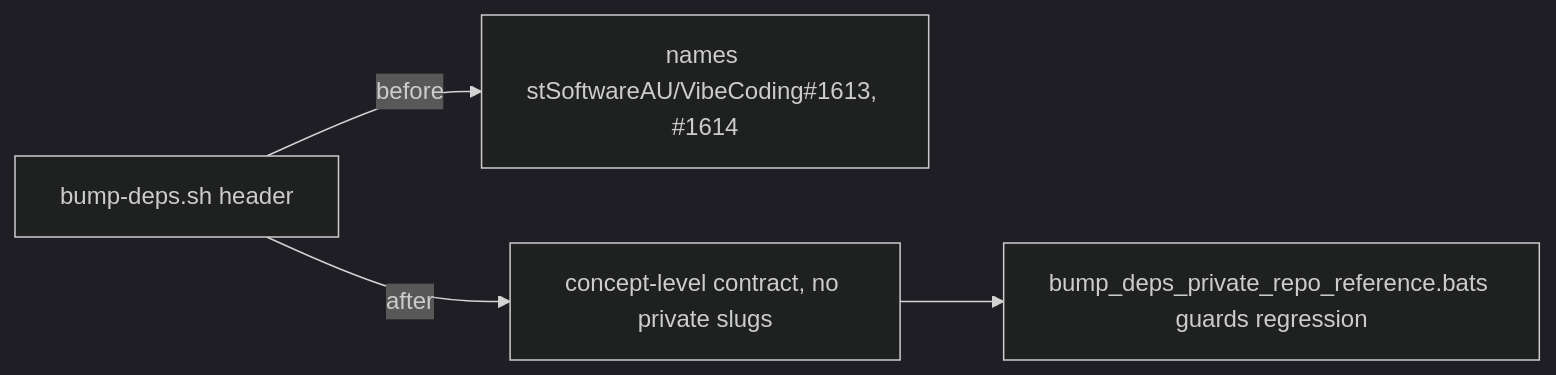
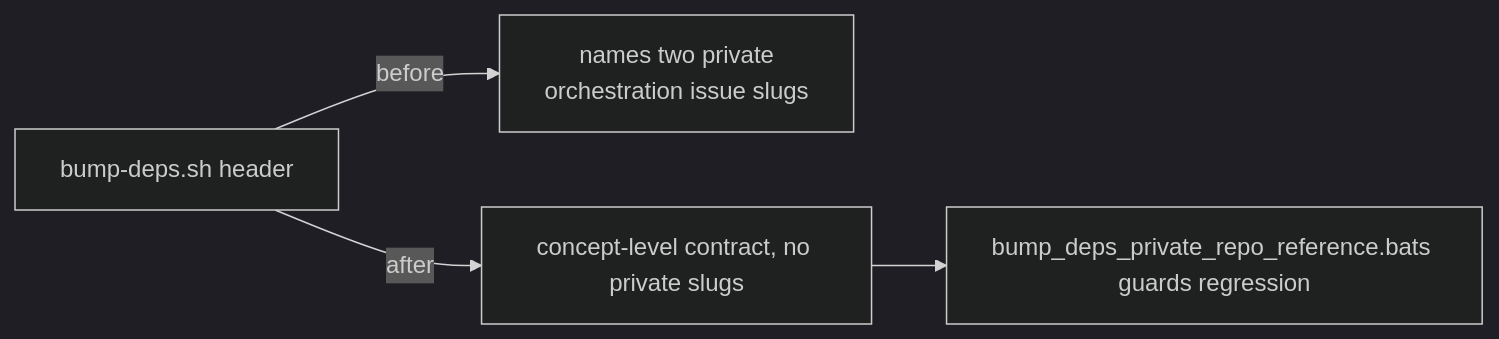
Before and after one commit to stSoftwareAU/NEAT-AI-core: the diagram in docs/archive/pr-summaries/pr-summary-377.md, drawn with Mermaid (dark theme). The commit also changed other lines of this file and 10 other files, not shown here.

First line of the commit message:
🟢 Reword GRQ/VibeCoding mentions in archived audit-fix pr-summary-373..378, 546 to concept level (Issue #664) (#669)

````diff
--- a/docs/archive/pr-summaries/pr-summary-377.md
+++ b/docs/archive/pr-summaries/pr-summary-377.md
@@ -22,6 +22,6 @@
 ```mermaid
 flowchart LR
-    A["bump-deps.sh header"] -->|before| B["names stSoftwareAU/VibeCoding#1613, #1614"]
+    A["bump-deps.sh header"] -->|before| B["names two private<br/>orchestration issue slugs"]
     A -->|after| C["concept-level contract, no private slugs"]
     C --> D["bump_deps_private_repo_reference.bats guards regression"]
 ```
````
